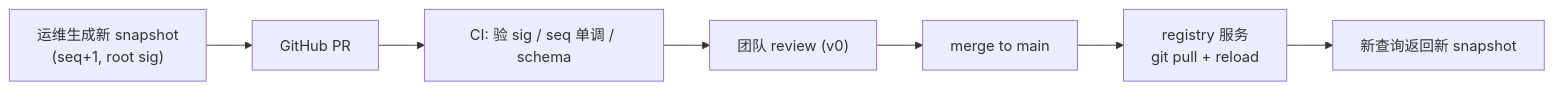
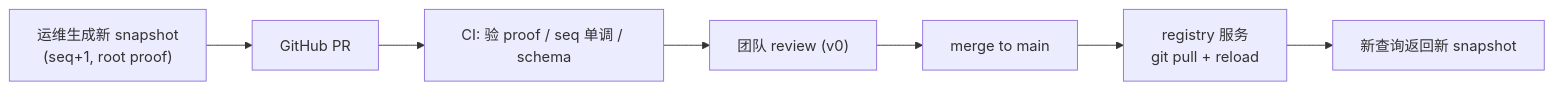
The third of 7 diagrams in specs/p2p/003-l3-design.md (bitrouter/bitrouter), drawn with Mermaid before and after one commit. The commit also changed other lines of this file and 18 other files, not shown here.

````diff
--- a/specs/p2p/003-l3-design.md
+++ b/specs/p2p/003-l3-design.md
@@ -270,9 +277,9 @@
 ```mermaid
 flowchart LR
-    Build["运维生成新 snapshot<br/>(seq+1, root sig)"] --> PR["GitHub PR"]
-    PR --> CI["CI: 验 sig / seq 单调 / schema"]
+    Build["运维生成新 snapshot<br/>(seq+1, root proof)"] --> PR["GitHub PR"]
+    PR --> CI["CI: 验 proof / seq 单调 / schema"]
     CI --> Review["团队 review (v0)"]
     Review --> Merge["merge to main"]
     Merge --> Deploy["registry 服务<br/>git pull + reload"]
     Deploy --> Live["新查询返回新 snapshot"]
 ```
````
